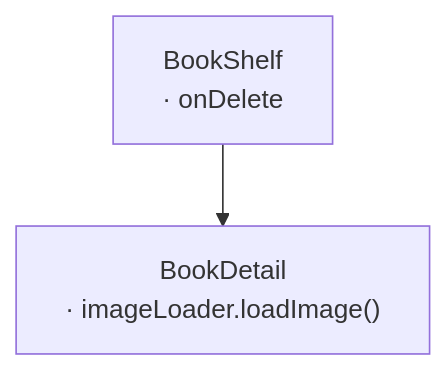
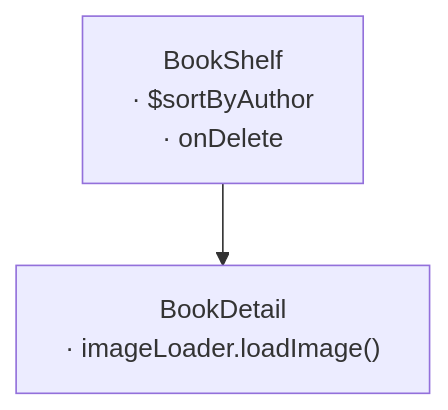
The fifth of 8 diagrams in hypermodular/SKILL.md (sisoje/hypermodular), drawn with Mermaid before and after one commit. The commit also changed other lines of this file and 44 other files, not shown here.

````diff
--- a/hypermodular/SKILL.md
+++ b/hypermodular/SKILL.md
@@ -174,5 +200,5 @@
 ```mermaid
 %% Root: BookShelf · Parent: Library (../MAP.md)
 flowchart TD
-    BookShelf["BookShelf<br/>· onDelete"] --> BookDetail["BookDetail<br/>· imageLoader.loadImage()"]
+    BookShelf["BookShelf<br/>· $sortByAuthor<br/>· onDelete"] --> BookDetail["BookDetail<br/>· imageLoader.loadImage()"]
 ```
````
